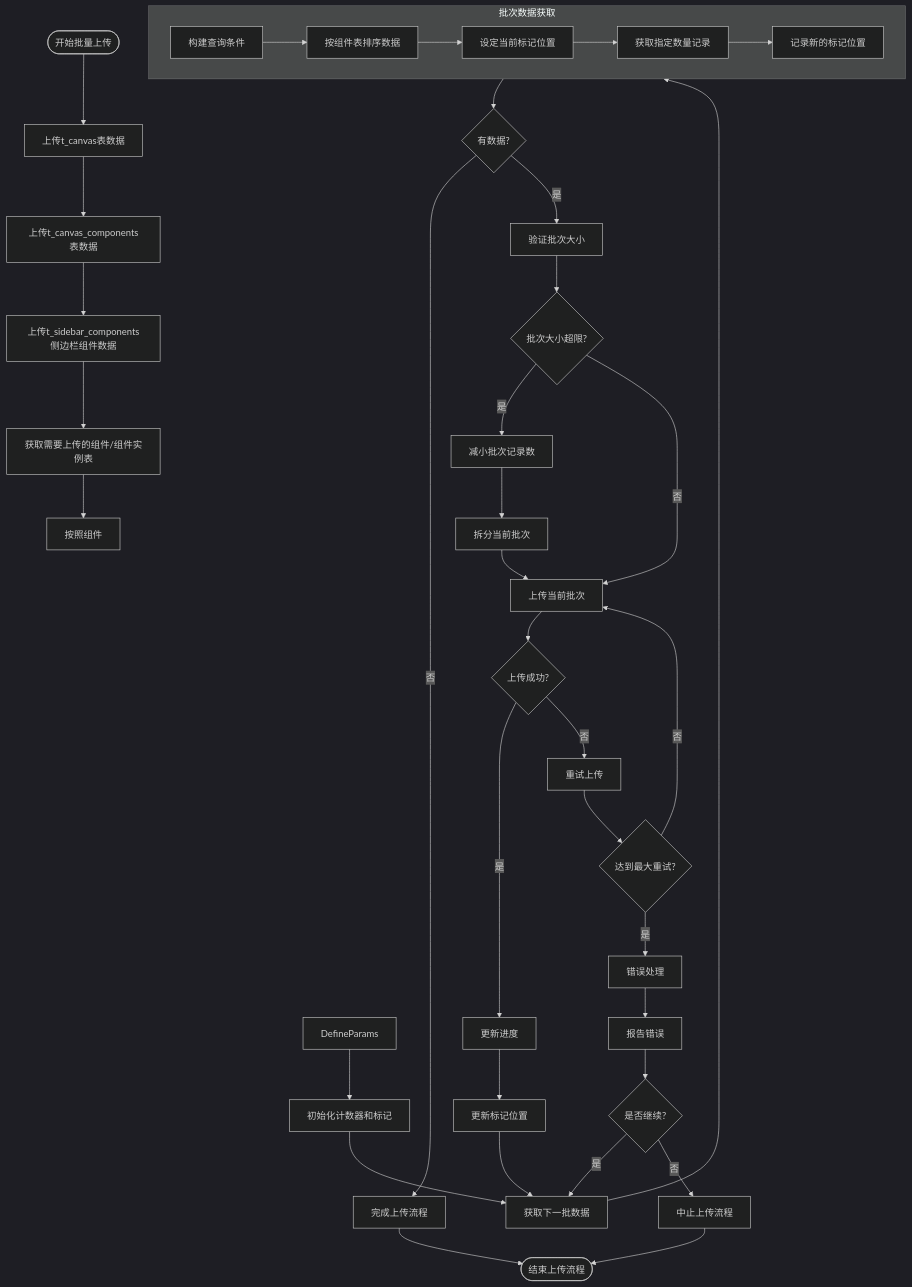
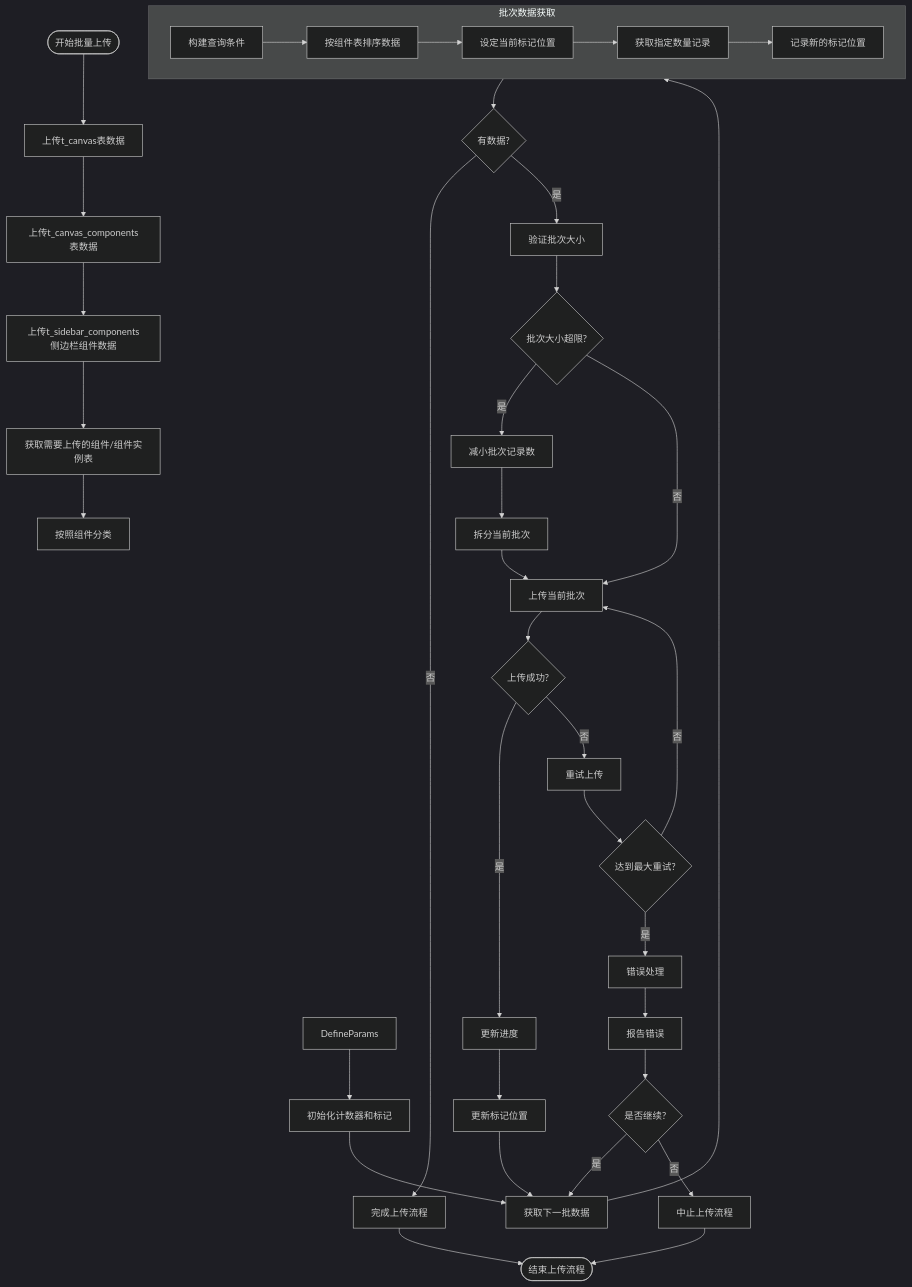
Before and after one commit to yingjianzh/iodraw-files: the diagram in all/未命名-51.md, drawn with Mermaid (dark theme).

Commit message:
2025-05-08 17:26:08 update

````diff
--- a/all/未命名-51.md
+++ b/all/未命名-51.md
@@ -1,52 +1,52 @@
 ```mermaid
 flowchart TD
     Start([开始批量上传]) --> UploadSpaceData[上传t_canvas表数据]
     UploadSpaceData --> UploadComponentListData[上传t_canvas_components表数据]
     UploadComponentListData --> UploadSiderComponent[上传t_sidebar_components侧边栏组件数据]
     
     UploadSiderComponent --> UploadData[获取需要上传的组件/组件实例表]
 
-    UploadData --> BData[按照组件]
+    UploadData --> ClassifyData[按照组件分类]
     DefineParams --> InitCounters[初始化计数器和标记]
     
     InitCounters --> FetchNextBatch[获取下一批数据]
     
     subgraph BatchFetch [批次数据获取]
         A[构建查询条件] --> B[按组件表排序数据]
         B --> C[设定当前标记位置]
         C --> D[获取指定数量记录]
         D --> E[记录新的标记位置]
     end
     
     FetchNextBatch --> BatchFetch
     
     BatchFetch --> CheckResults{有数据?}
     CheckResults -->|否| CompleteUpload[完成上传流程]
     CheckResults -->|是| ValidateBatch[验证批次大小]
     
     ValidateBatch --> SizeTooLarge{批次大小超限?}
     SizeTooLarge -->|是| AdjustBatchSize[减小批次记录数]
     SizeTooLarge -->|否| UploadBatch[上传当前批次]
     
     AdjustBatchSize --> SplitBatch[拆分当前批次]
     SplitBatch --> UploadBatch
     
     UploadBatch --> UploadSuccess{上传成功?}
     UploadSuccess -->|是| UpdateProgress[更新进度]
     UploadSuccess -->|否| RetryUpload[重试上传]
     
     RetryUpload --> MaxRetries{达到最大重试?}
     MaxRetries -->|否| UploadBatch
     MaxRetries -->|是| ErrorHandling[错误处理]
     
     ErrorHandling --> ReportError[报告错误]
     ReportError --> ContinueOption{是否继续?}
     ContinueOption -->|是| FetchNextBatch
     ContinueOption -->|否| AbortProcess[中止上传流程]
     
     UpdateProgress --> UpdateMarker[更新标记位置]
     UpdateMarker --> FetchNextBatch
     
     CompleteUpload --> End([结束上传流程])
     AbortProcess --> End
 ```
````
